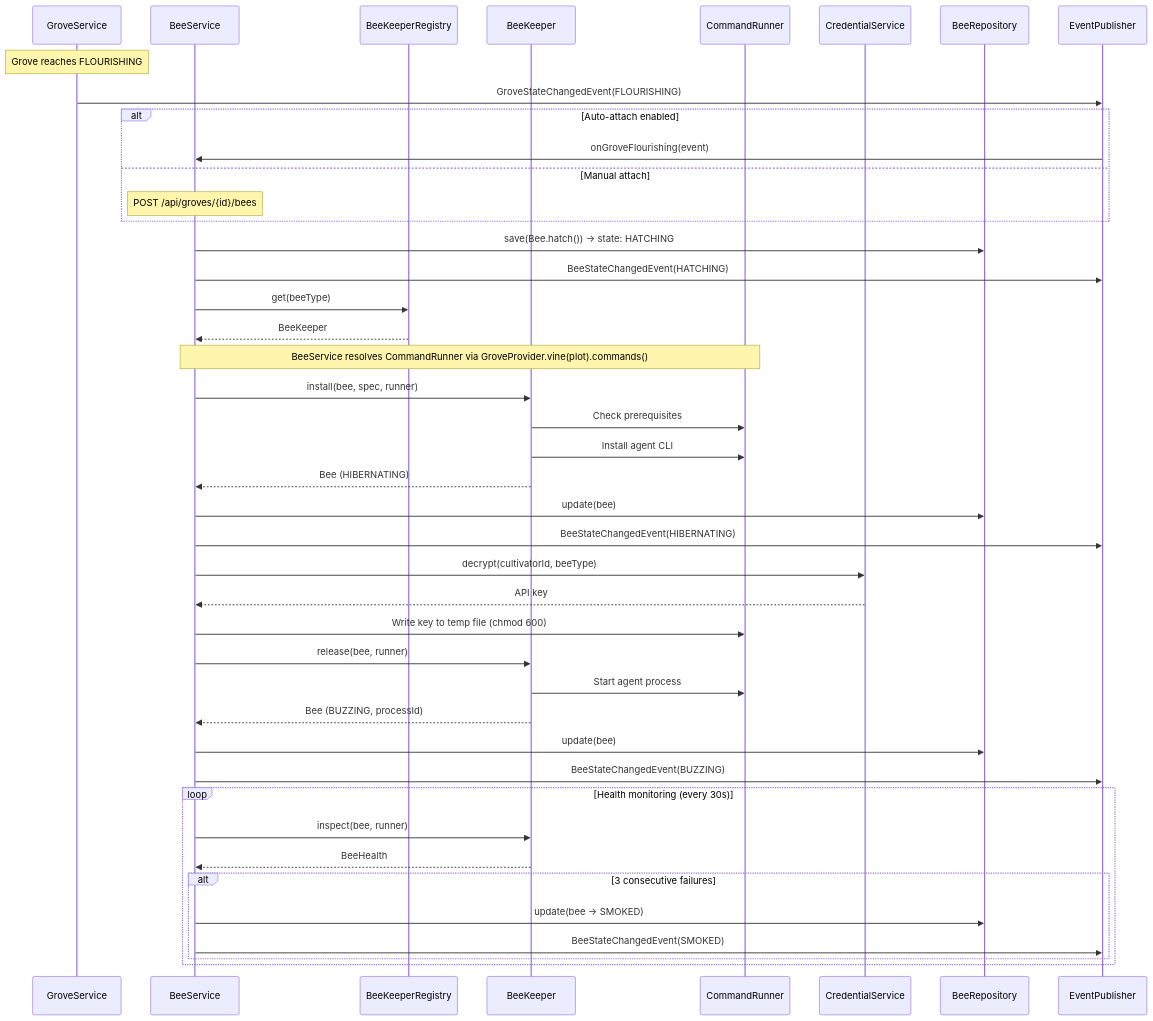
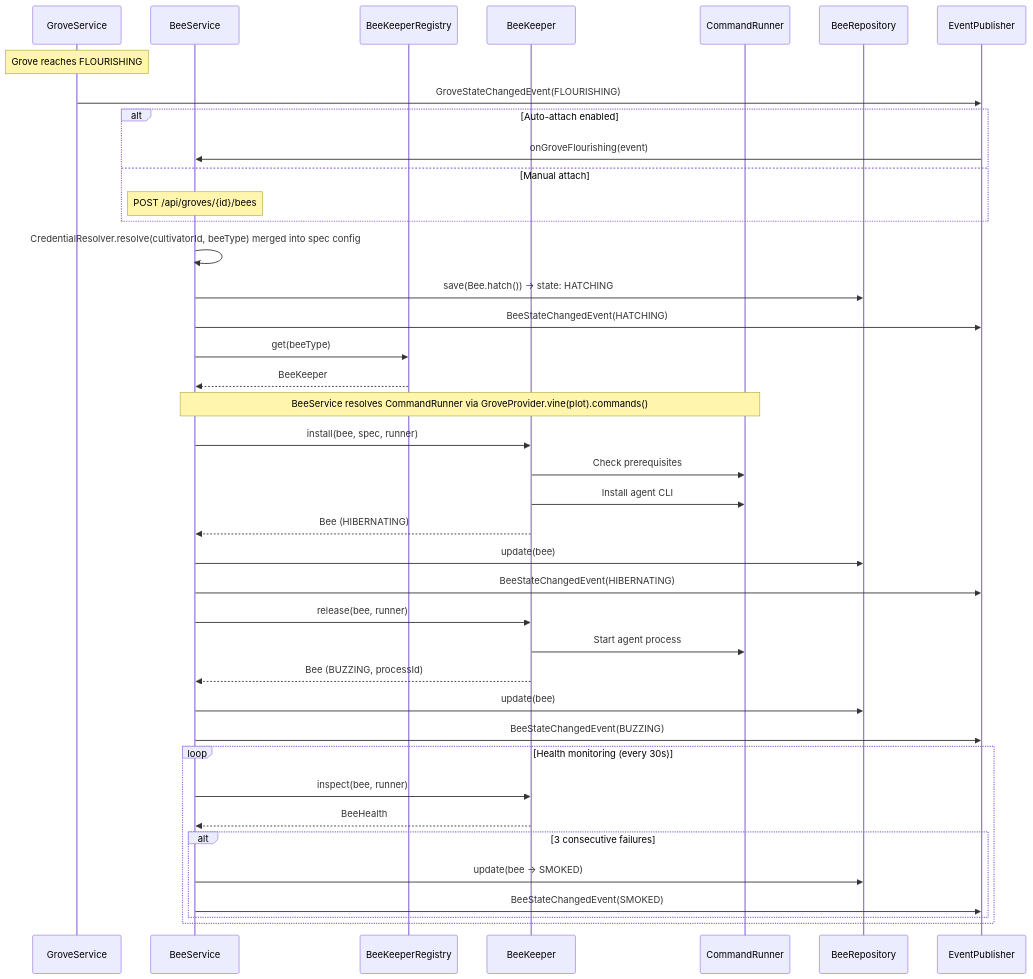
The second of 5 diagrams in docs/architecture/bee-architecture.md (orchard-cde/orchard), drawn with Mermaid before and after one commit. The commit also changed other lines of this file and 1 other file, not shown here.

Commit message:
docs: reconcile bee-architecture.md with the shipped schema and API; fix wake path (#308)

````diff
--- a/docs/architecture/bee-architecture.md
+++ b/docs/architecture/bee-architecture.md
@@ -118,53 +118,49 @@
 ```mermaid
 sequenceDiagram
     participant GS as GroveService
     participant BS as BeeService
     participant BKR as BeeKeeperRegistry
     participant BK as BeeKeeper
     participant CR as CommandRunner
-    participant CS as CredentialService
     participant DB as BeeRepository
     participant EP as EventPublisher
 
     Note over GS: Grove reaches FLOURISHING
     GS->>EP: GroveStateChangedEvent(FLOURISHING)
 
     alt Auto-attach enabled
         EP->>BS: onGroveFlourishing(event)
     else Manual attach
         Note over BS: POST /api/groves/{id}/bees
     end
 
+    BS->>BS: CredentialResolver.resolve(cultivatorId, beeType) merged into spec config
     BS->>DB: save(Bee.hatch()) → state: HATCHING
     BS->>EP: BeeStateChangedEvent(HATCHING)
 
     BS->>BKR: get(beeType)
     BKR-->>BS: BeeKeeper
 
     Note over BS,CR: BeeService resolves CommandRunner via GroveProvider.vine(plot).commands()
     BS->>BK: install(bee, spec, runner)
     BK->>CR: Check prerequisites
     BK->>CR: Install agent CLI
     BK-->>BS: Bee (HIBERNATING)
     BS->>DB: update(bee)
     BS->>EP: BeeStateChangedEvent(HIBERNATING)
-
-    BS->>CS: decrypt(cultivatorId, beeType)
-    CS-->>BS: API key
-    BS->>CR: Write key to temp file (chmod 600)
 
     BS->>BK: release(bee, runner)
     BK->>CR: Start agent process
     BK-->>BS: Bee (BUZZING, processId)
     BS->>DB: update(bee)
     BS->>EP: BeeStateChangedEvent(BUZZING)
 
     loop Health monitoring (every 30s)
         BS->>BK: inspect(bee, runner)
         BK-->>BS: BeeHealth
         alt 3 consecutive failures
             BS->>DB: update(bee → SMOKED)
             BS->>EP: BeeStateChangedEvent(SMOKED)
         end
     end
 ```
````
